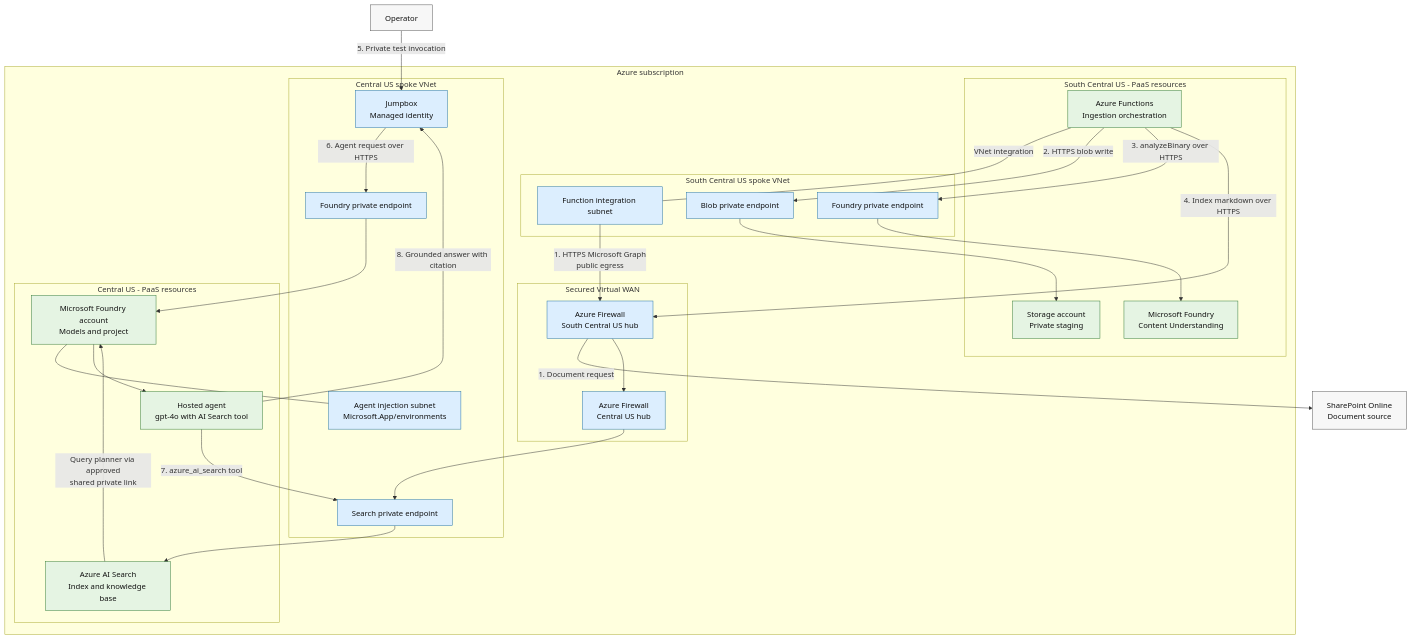
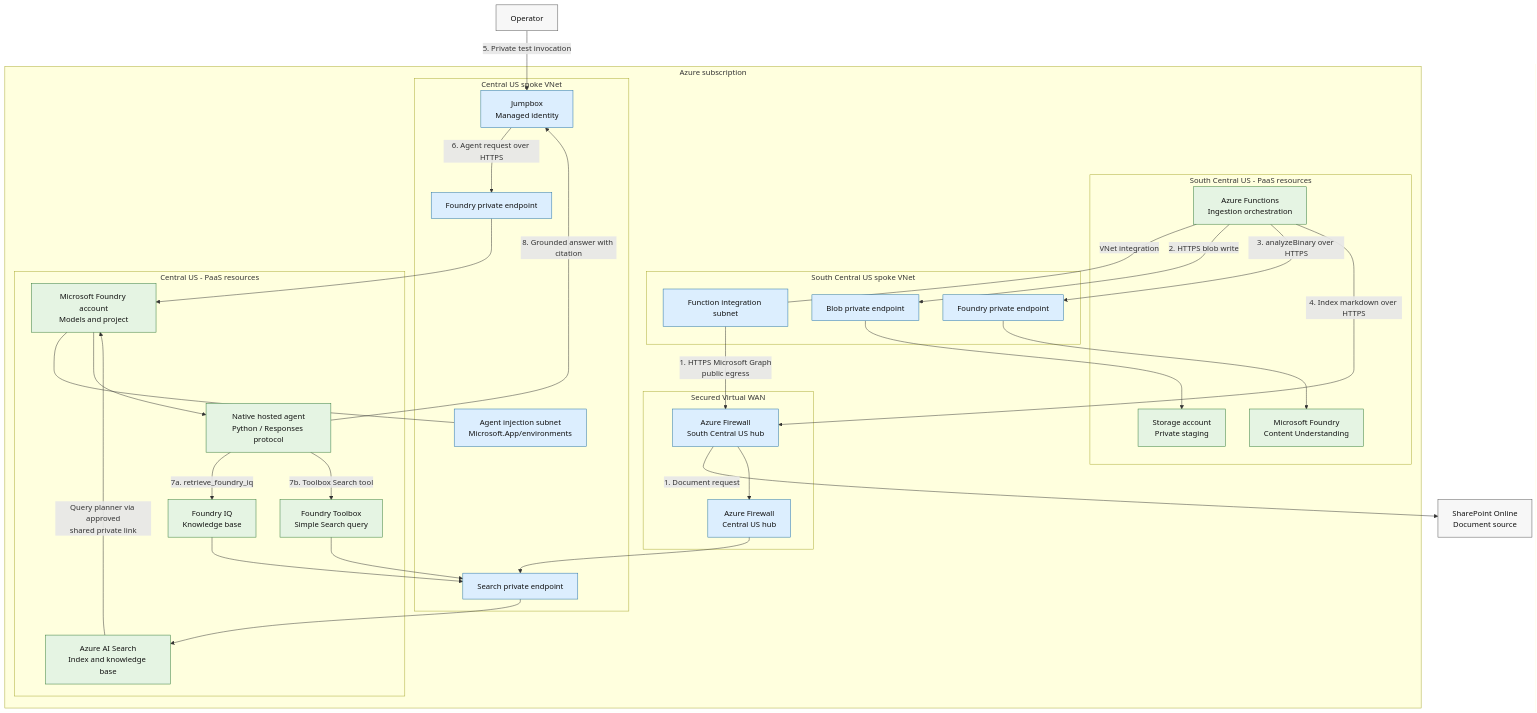
The diagram in docs/diagrams/runtime-flow-azure-architecture.mmd (aionic/funwithfoundry), drawn with Mermaid before and after one commit. The commit also changed 26 other files, not shown here.

Commit message:
Deploy native Foundry dual-retrieval agent

```diff
--- a/docs/diagrams/runtime-flow-azure-architecture.mmd
+++ b/docs/diagrams/runtime-flow-azure-architecture.mmd
@@ -1,63 +1,68 @@
 flowchart TB
     operator["Operator"]
     sharepoint["SharePoint Online<br/>Document source"]
 
     subgraph azure_subscription["Azure subscription"]
         subgraph scus_paas["South Central US - PaaS resources"]
             function_app["Azure Functions<br/>Ingestion orchestration"]
             staging_storage["Storage account<br/>Private staging"]
             content_understanding["Microsoft Foundry<br/>Content Understanding"]
         end
 
         subgraph scus_vnet["South Central US spoke VNet"]
             function_integration["Function integration subnet"]
             staging_pe["Blob private endpoint"]
             content_pe["Foundry private endpoint"]
         end
 
         subgraph secured_vwan["Secured Virtual WAN"]
             scus_firewall["Azure Firewall<br/>South Central US hub"]
             cus_firewall["Azure Firewall<br/>Central US hub"]
         end
 
         subgraph cus_vnet["Central US spoke VNet"]
             jumpbox["Jumpbox<br/>Managed identity"]
             agent_subnet["Agent injection subnet<br/>Microsoft.App/environments"]
             search_pe["Search private endpoint"]
             foundry_pe["Foundry private endpoint"]
         end
 
         subgraph cus_paas["Central US - PaaS resources"]
             search["Azure AI Search<br/>Index and knowledge base"]
             foundry_account["Microsoft Foundry account<br/>Models and project"]
-            hosted_agent["Hosted agent<br/>gpt-4o with AI Search tool"]
+            hosted_agent["Native hosted agent<br/>Python / Responses protocol"]
+            foundry_iq["Foundry IQ<br/>Knowledge base"]
+            toolbox["Foundry Toolbox<br/>Simple Search query"]
         end
     end
 
     function_app ---|VNet integration| function_integration
     function_integration -->|1. HTTPS Microsoft Graph<br/>public egress| scus_firewall
     scus_firewall -->|1. Document request| sharepoint
     function_app -->|2. HTTPS blob write| staging_pe
     staging_pe --> staging_storage
     function_app -->|3. analyzeBinary over HTTPS| content_pe
     content_pe --> content_understanding
     function_app -->|4. Index markdown over HTTPS| scus_firewall
     scus_firewall --> cus_firewall
     cus_firewall --> search_pe
     search_pe --> search
 
     operator -->|5. Private test invocation| jumpbox
     jumpbox -->|6. Agent request over HTTPS| foundry_pe
     foundry_pe --> foundry_account
     foundry_account --- agent_subnet
     foundry_account --> hosted_agent
-    hosted_agent -->|7. azure_ai_search tool| search_pe
+    hosted_agent -->|7a. retrieve_foundry_iq| foundry_iq
+    hosted_agent -->|7b. Toolbox Search tool| toolbox
+    foundry_iq --> search_pe
+    toolbox --> search_pe
     search -->|Query planner via approved<br/>shared private link| foundry_account
     hosted_agent -->|8. Grounded answer with citation| jumpbox
 
     classDef external fill:#f7f7f7,stroke:#555,color:#111
     classDef private fill:#dceefe,stroke:#2472a4,color:#111
     classDef paas fill:#e5f4e3,stroke:#327a37,color:#111
     class operator,sharepoint external
     class function_integration,staging_pe,content_pe,jumpbox,agent_subnet,search_pe,foundry_pe,scus_firewall,cus_firewall private
-    class function_app,staging_storage,content_understanding,search,foundry_account,hosted_agent paas
+    class function_app,staging_storage,content_understanding,search,foundry_account,hosted_agent,foundry_iq,toolbox paas
```
